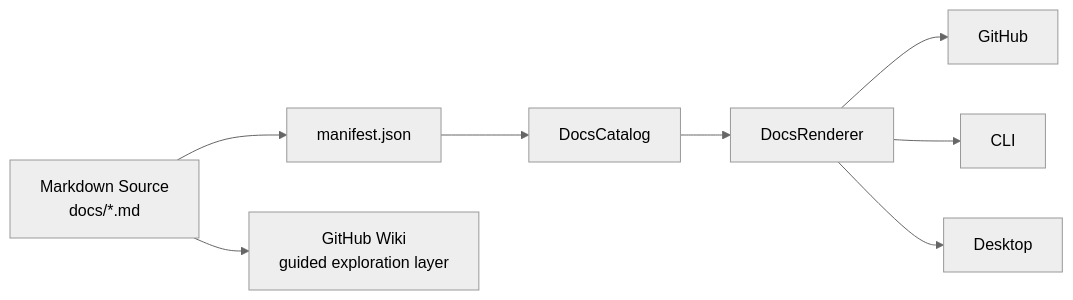
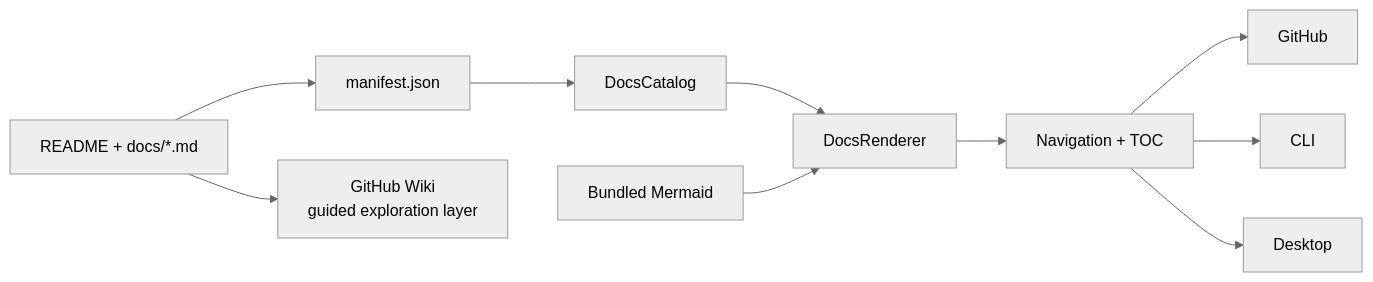
One commit to tks18/personal-finance-etl changed the first of 2 diagrams in docs/README.md. Above: the diagram before and after it, drawn with Mermaid (neutral theme). The commit also changed other lines of this file, not shown here.

Commit message:
docs: update docs/readme

````diff
--- a/docs/README.md
+++ b/docs/README.md
@@ -11,10 +15,12 @@
 ```mermaid
 flowchart LR
-    MD["Markdown Source<br/>docs/*.md"] --> MAN["manifest.json"]
+    MD["README + docs/*.md"] --> MAN["manifest.json"]
     MAN --> CAT["DocsCatalog"]
     CAT --> RENDER["DocsRenderer"]
-    RENDER --> GH["GitHub"]
-    RENDER --> CLI["CLI"]
-    RENDER --> GUI["Desktop"]
+    MER["Bundled Mermaid"] --> RENDER
+    RENDER --> NAV["Navigation + TOC"]
+    NAV --> GH["GitHub"]
+    NAV --> CLI["CLI"]
+    NAV --> GUI["Desktop"]
     MD --> WIKI["GitHub Wiki<br/>guided exploration layer"]
 ```
````
